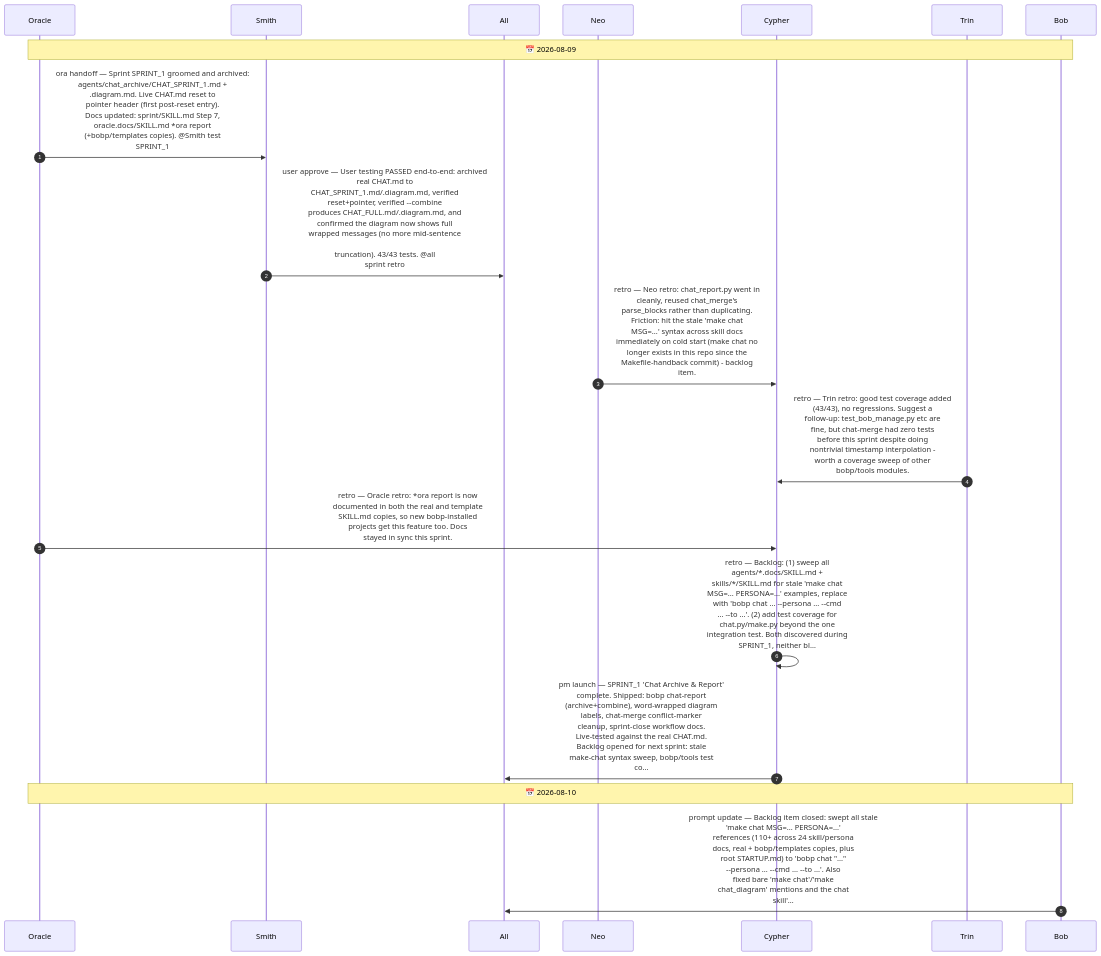
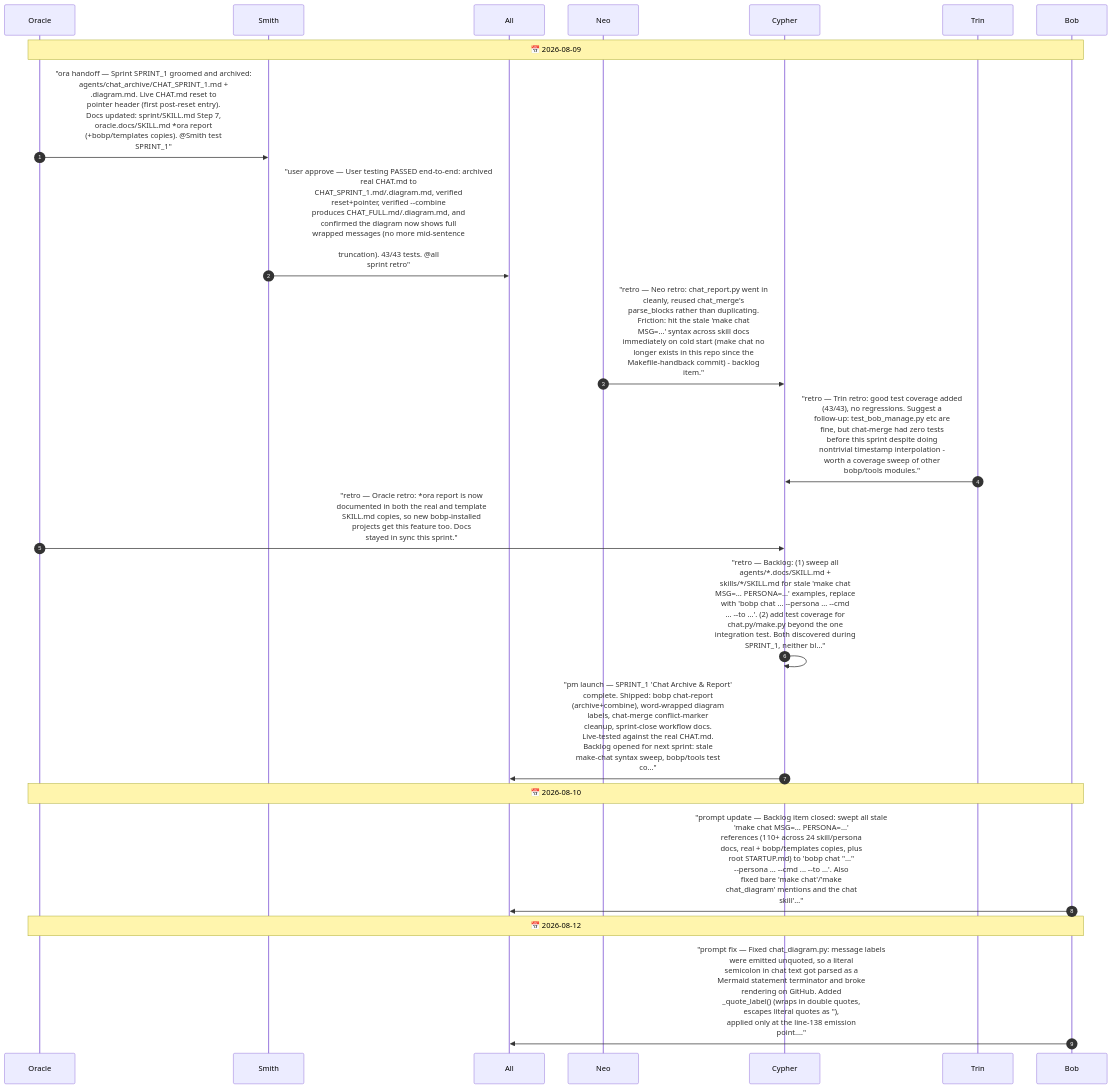
The diagram in agents/CHAT.diagram.md (drusifer/bob_protocol), drawn with Mermaid before and after one commit. The commit also changed 3 other files, not shown here.

First line of the commit message:
fix(chat_diagram): quote Mermaid sequence-diagram message labels

````diff
--- a/agents/CHAT.diagram.md
+++ b/agents/CHAT.diagram.md
@@ -5,21 +5,23 @@
 ```mermaid
 sequenceDiagram
     autonumber
     participant Oracle
     participant Smith
     participant All
     participant Neo
     participant Cypher
     participant Trin
     participant Bob
     Note over Oracle,Bob: 📅 2026-08-09
-    Oracle->>Smith: ora handoff — Sprint SPRINT_1 groomed and archived:<br/>agents/chat_archive/CHAT_SPRINT_1.md +<br/>.diagram.md. Live CHAT.md reset to<br/>pointer header (first post-reset entry).<br/>Docs updated: sprint/SKILL.md Step 7,<br/>oracle.docs/SKILL.md *ora report<br/>(+bobp/templates copies). @Smith test<br/>SPRINT_1
-    Smith->>All: user approve — User testing PASSED end-to-end: archived<br/>real CHAT.md to<br/>CHAT_SPRINT_1.md/.diagram.md, verified<br/>reset+pointer, verified --combine<br/>produces CHAT_FULL.md/.diagram.md, and<br/>confirmed the diagram now shows full<br/>wrapped messages (no more mid-sentence<br/><br/>truncation). 43/43 tests. @all<br/>sprint retro
-    Neo->>Cypher: retro — Neo retro: chat_report.py went in<br/>cleanly, reused chat_merge's<br/>parse_blocks rather than duplicating.<br/>Friction: hit the stale 'make chat<br/>MSG=...' syntax across skill docs<br/>immediately on cold start (make chat no<br/>longer exists in this repo since the<br/>Makefile-handback commit) - backlog<br/>item.
-    Trin->>Cypher: retro — Trin retro: good test coverage added<br/>(43/43), no regressions. Suggest a<br/>follow-up: test_bob_manage.py etc are<br/>fine, but chat-merge had zero tests<br/>before this sprint despite doing<br/>nontrivial timestamp interpolation -<br/>worth a coverage sweep of other<br/>bobp/tools modules.
-    Oracle->>Cypher: retro — Oracle retro: *ora report is now<br/>documented in both the real and template<br/>SKILL.md copies, so new bobp-installed<br/>projects get this feature too. Docs<br/>stayed in sync this sprint.
-    Cypher->>Cypher: retro — Backlog: (1) sweep all<br/>agents/*.docs/SKILL.md +<br/>skills/*/SKILL.md for stale 'make chat<br/>MSG=... PERSONA=...' examples, replace<br/>with 'bobp chat ... --persona ... --cmd<br/>... --to ...'. (2) add test coverage for<br/>chat.py/make.py beyond the one<br/>integration test. Both discovered during<br/>SPRINT_1, neither bl…
-    Cypher->>All: pm launch — SPRINT_1 'Chat Archive & Report'<br/>complete. Shipped: bobp chat-report<br/>(archive+combine), word-wrapped diagram<br/>labels, chat-merge conflict-marker<br/>cleanup, sprint-close workflow docs.<br/>Live-tested against the real CHAT.md.<br/>Backlog opened for next sprint: stale<br/>make-chat syntax sweep, bobp/tools test<br/>co…
+    Oracle->>Smith: "ora handoff — Sprint SPRINT_1 groomed and archived:<br/>agents/chat_archive/CHAT_SPRINT_1.md +<br/>.diagram.md. Live CHAT.md reset to<br/>pointer header (first post-reset entry).<br/>Docs updated: sprint/SKILL.md Step 7,<br/>oracle.docs/SKILL.md *ora report<br/>(+bobp/templates copies). @Smith test<br/>SPRINT_1"
+    Smith->>All: "user approve — User testing PASSED end-to-end: archived<br/>real CHAT.md to<br/>CHAT_SPRINT_1.md/.diagram.md, verified<br/>reset+pointer, verified --combine<br/>produces CHAT_FULL.md/.diagram.md, and<br/>confirmed the diagram now shows full<br/>wrapped messages (no more mid-sentence<br/><br/>truncation). 43/43 tests. @all<br/>sprint retro"
+    Neo->>Cypher: "retro — Neo retro: chat_report.py went in<br/>cleanly, reused chat_merge's<br/>parse_blocks rather than duplicating.<br/>Friction: hit the stale 'make chat<br/>MSG=...' syntax across skill docs<br/>immediately on cold start (make chat no<br/>longer exists in this repo since the<br/>Makefile-handback commit) - backlog<br/>item."
+    Trin->>Cypher: "retro — Trin retro: good test coverage added<br/>(43/43), no regressions. Suggest a<br/>follow-up: test_bob_manage.py etc are<br/>fine, but chat-merge had zero tests<br/>before this sprint despite doing<br/>nontrivial timestamp interpolation -<br/>worth a coverage sweep of other<br/>bobp/tools modules."
+    Oracle->>Cypher: "retro — Oracle retro: *ora report is now<br/>documented in both the real and template<br/>SKILL.md copies, so new bobp-installed<br/>projects get this feature too. Docs<br/>stayed in sync this sprint."
+    Cypher->>Cypher: "retro — Backlog: (1) sweep all<br/>agents/*.docs/SKILL.md +<br/>skills/*/SKILL.md for stale 'make chat<br/>MSG=... PERSONA=...' examples, replace<br/>with 'bobp chat ... --persona ... --cmd<br/>... --to ...'. (2) add test coverage for<br/>chat.py/make.py beyond the one<br/>integration test. Both discovered during<br/>SPRINT_1, neither bl…"
+    Cypher->>All: "pm launch — SPRINT_1 'Chat Archive & Report'<br/>complete. Shipped: bobp chat-report<br/>(archive+combine), word-wrapped diagram<br/>labels, chat-merge conflict-marker<br/>cleanup, sprint-close workflow docs.<br/>Live-tested against the real CHAT.md.<br/>Backlog opened for next sprint: stale<br/>make-chat syntax sweep, bobp/tools test<br/>co…"
     Note over Oracle,Bob: 📅 2026-08-10
-    Bob->>All: prompt update — Backlog item closed: swept all stale<br/>'make chat MSG=... PERSONA=...'<br/>references (110+ across 24 skill/persona<br/>docs, real + bobp/templates copies, plus<br/>root STARTUP.md) to 'bobp chat "..."<br/>--persona ... --cmd ... --to ...'. Also<br/>fixed bare 'make chat'/'make<br/>chat_diagram' mentions and the chat<br/>skill'…
+    Bob->>All: "prompt update — Backlog item closed: swept all stale<br/>'make chat MSG=... PERSONA=...'<br/>references (110+ across 24 skill/persona<br/>docs, real + bobp/templates copies, plus<br/>root STARTUP.md) to 'bobp chat #quot;...#quot;<br/>--persona ... --cmd ... --to ...'. Also<br/>fixed bare 'make chat'/'make<br/>chat_diagram' mentions and the chat<br/>skill'…"
+    Note over Oracle,Bob: 📅 2026-08-12
+    Bob->>All: "prompt fix — Fixed chat_diagram.py: message labels<br/>were emitted unquoted, so a literal<br/>semicolon in chat text got parsed as a<br/>Mermaid statement terminator and broke<br/>rendering on GitHub. Added<br/>_quote_label() (wraps in double quotes,<br/>escapes literal quotes as #quot;),<br/>applied only at the line-138 emission<br/>point.…"
 ```
````
